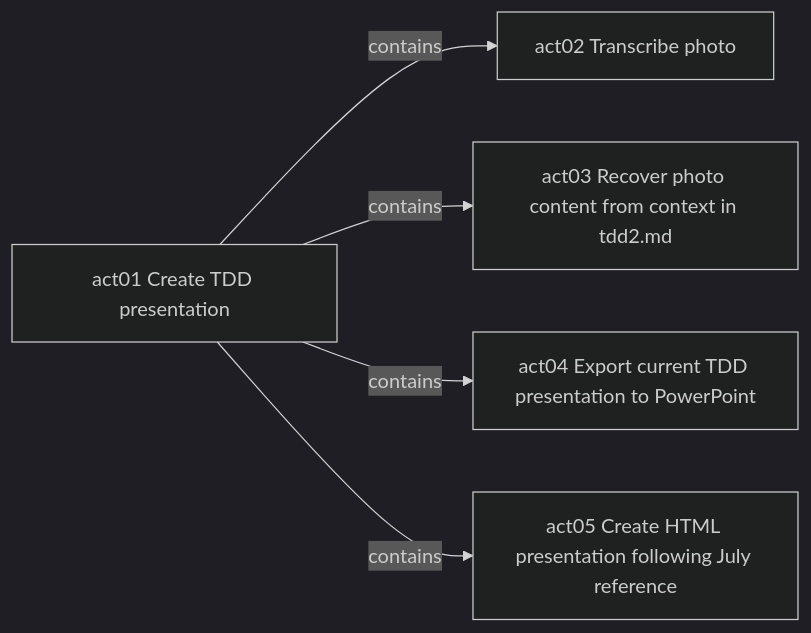
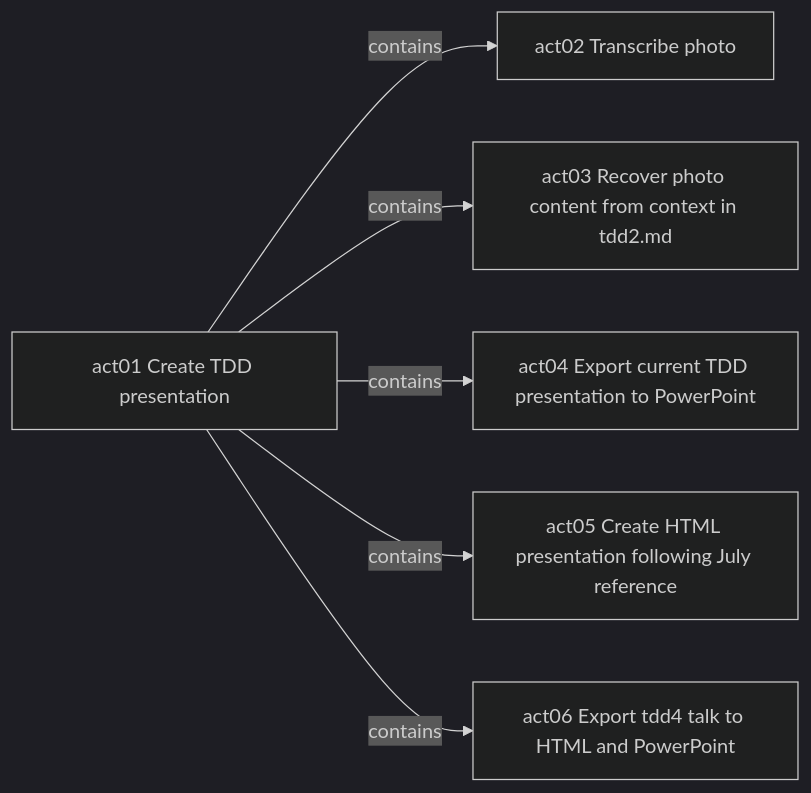
The diagram in .act/acts.md (raisercostin/tdd-talk), drawn with Mermaid (dark theme) before and after one commit. The commit also changed other lines of this file and 7 other files, not shown here.

````diff
--- a/.act/acts.md
+++ b/.act/acts.md
@@ -54,12 +59,14 @@
 ```mermaid
 flowchart LR
   act01["act01 Create TDD presentation"]
   act02["act02 Transcribe photo"]
   act03["act03 Recover photo content from context in tdd2.md"]
   act04["act04 Export current TDD presentation to PowerPoint"]
   act05["act05 Create HTML presentation following July reference"]
+  act06["act06 Export tdd4 talk to HTML and PowerPoint"]
   act01 -->|contains| act02
   act01 -->|contains| act03
   act01 -->|contains| act04
   act01 -->|contains| act05
+  act01 -->|contains| act06
 ```
````
